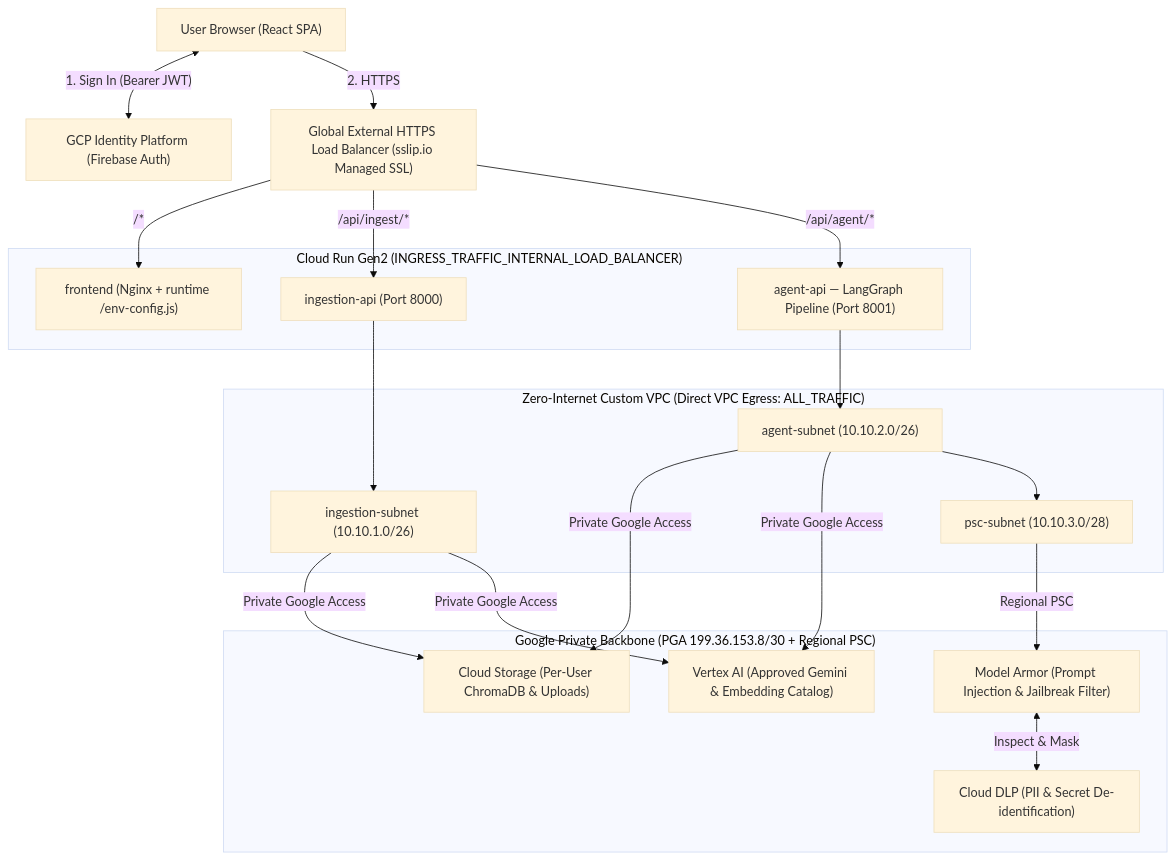
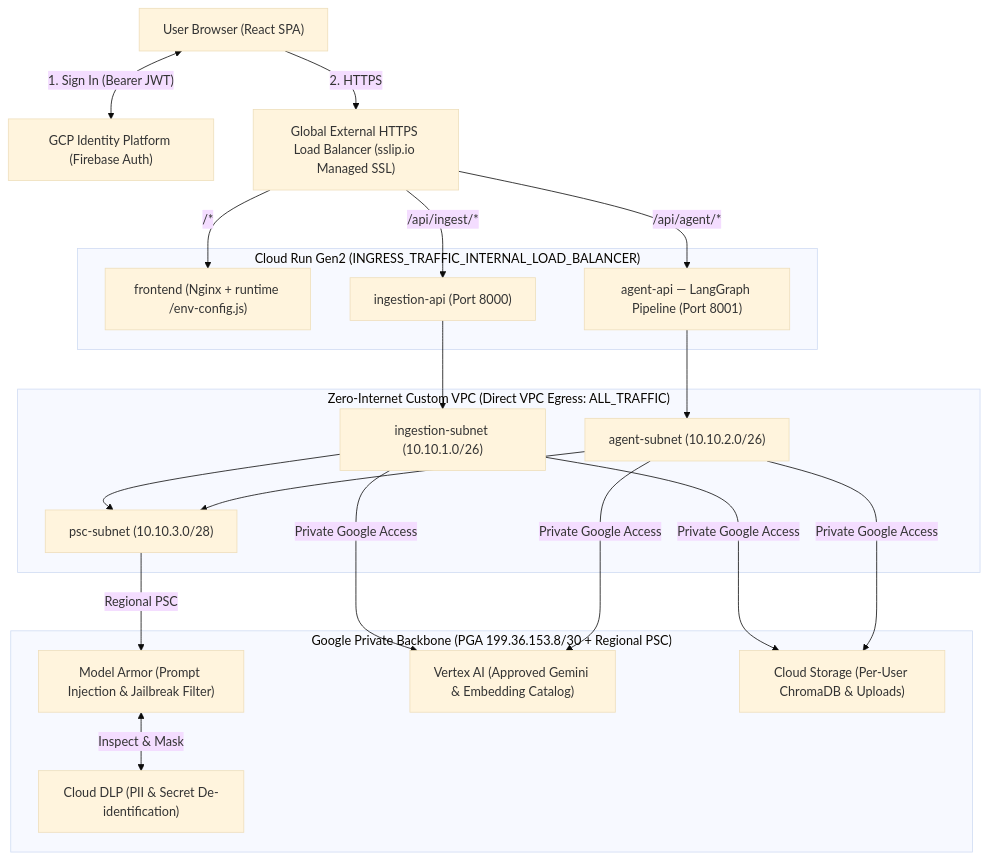
Before and after one commit to maggiemhanna/interactive_rag: the diagram in README.md, drawn with Mermaid (base theme). The commit also changed other lines of this file and 12 other files, not shown here.

````diff
--- a/README.md
+++ b/README.md
@@ -16,41 +16,42 @@
 ```mermaid
 flowchart TB
     Browser["User Browser (React SPA)"]
     Auth["GCP Identity Platform (Firebase Auth)"]
     LB["Global External HTTPS Load Balancer (sslip.io Managed SSL)"]
 
     subgraph CloudRun["Cloud Run Gen2 (INGRESS_TRAFFIC_INTERNAL_LOAD_BALANCER)"]
         FE["frontend (Nginx + runtime /env-config.js)"]
         Ingest["ingestion-api (Port 8000)"]
         Agent["agent-api — LangGraph Pipeline (Port 8001)"]
     end
 
     subgraph PrivateVPC["Zero-Internet Custom VPC (Direct VPC Egress: ALL_TRAFFIC)"]
         SubIngest["ingestion-subnet (10.10.1.0/26)"]
         SubAgent["agent-subnet (10.10.2.0/26)"]
         SubPSC["psc-subnet (10.10.3.0/28)"]
     end
 
     subgraph GooglePrivateBackbone["Google Private Backbone (PGA 199.36.153.8/30 + Regional PSC)"]
         Armor["Model Armor (Prompt Injection & Jailbreak Filter)"]
         DLP["Cloud DLP (PII & Secret De-identification)"]
         Vertex["Vertex AI (Approved Gemini & Embedding Catalog)"]
         GCS["Cloud Storage (Per-User ChromaDB & Uploads)"]
     end
 
     Browser <-->|"1. Sign In (Bearer JWT)"| Auth
     Browser -->|"2. HTTPS"| LB
     LB -->|"/*"| FE
     LB -->|"/api/ingest/*"| Ingest
     LB -->|"/api/agent/*"| Agent
 
     Ingest --> SubIngest
     Agent --> SubAgent
     SubIngest -->|"Private Google Access"| GCS
     SubIngest -->|"Private Google Access"| Vertex
     SubAgent -->|"Private Google Access"| GCS
     SubAgent -->|"Private Google Access"| Vertex
+    SubIngest --> SubPSC
     SubAgent --> SubPSC
     SubPSC -->|"Regional PSC"| Armor
     Armor <-->|"Inspect & Mask"| DLP
 ```
````
